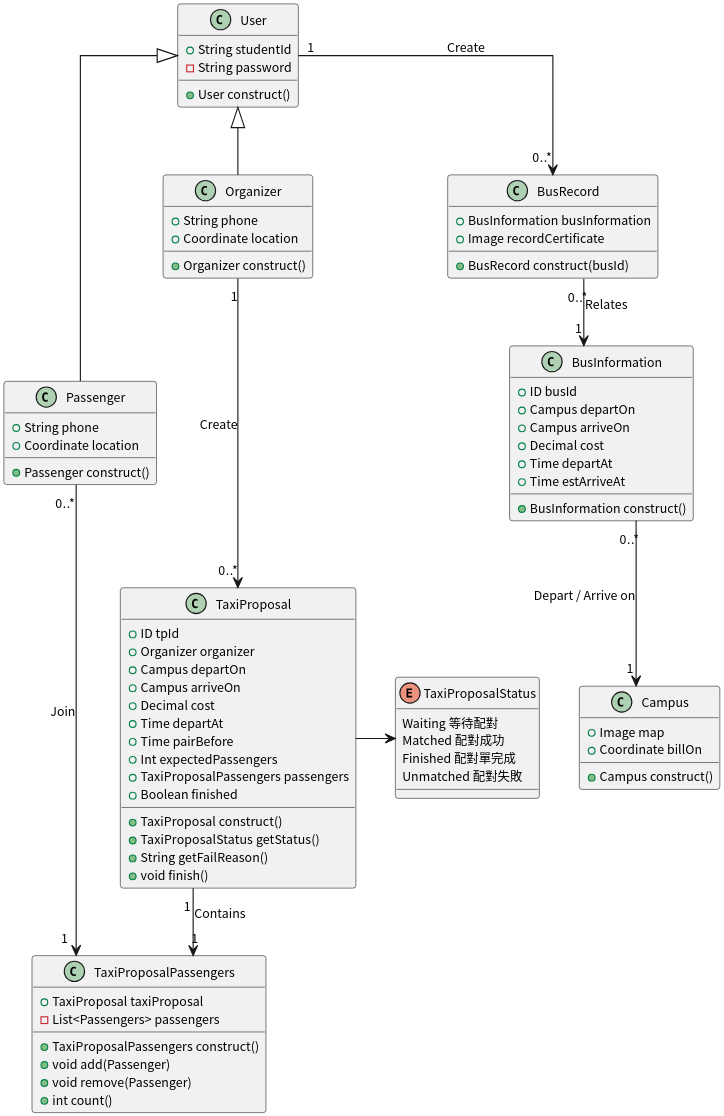
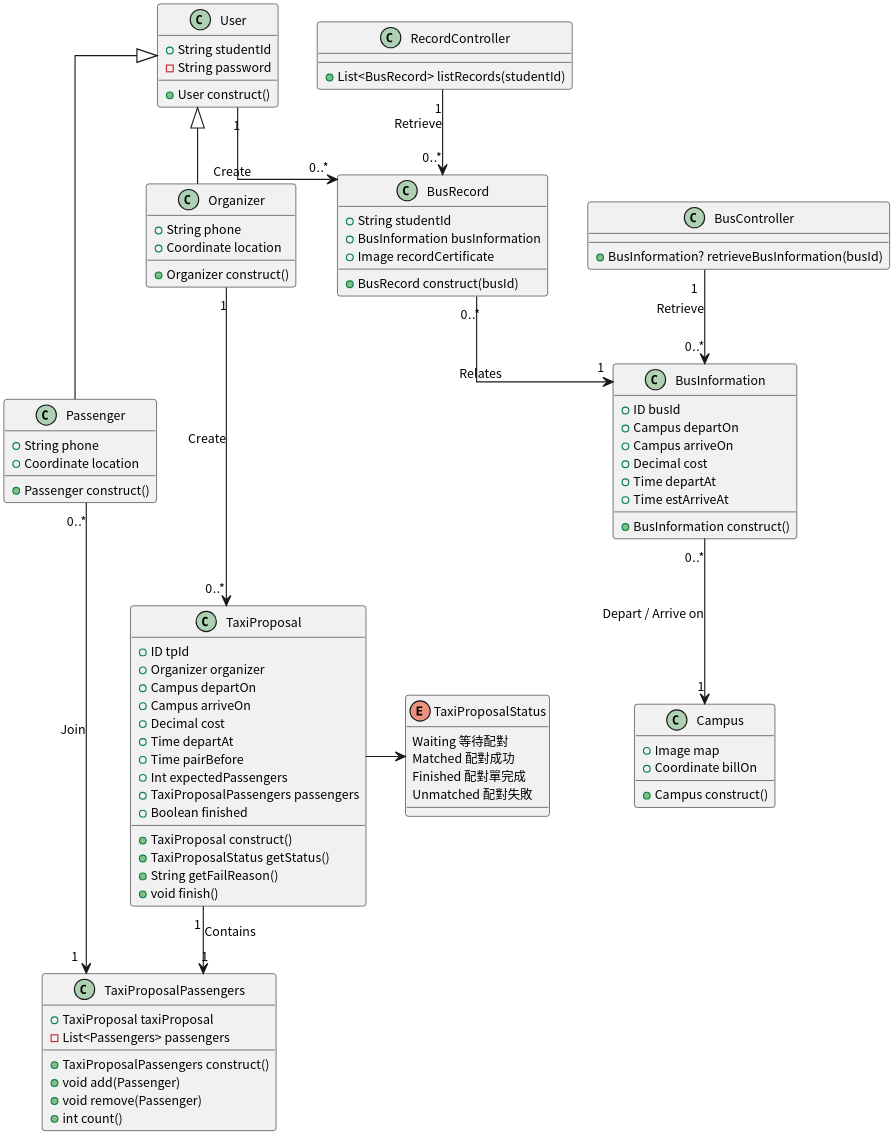
One commit to pan93412/nkust-homework changed the diagram in semester-4/system-analysis/class-diagram.plantuml. Above: the diagram before and after it, drawn with PlantUML. The commit also changed 2 other files, not shown here.

Commit message:
s4: system-analysis: update diagram

```diff
--- a/semester-4/system-analysis/class-diagram.plantuml
+++ b/semester-4/system-analysis/class-diagram.plantuml
@@ -1,93 +1,104 @@
 @startuml ClassDiagram
 
 skinparam linetype ortho
 skinparam dpi 300
 skinparam defaultFontSize 11
 skinparam defaultFontName "Noto Sans CJK TC"
 
 class User {
     +String studentId
     -String password
     +User construct()
 }
 
 class Passenger {
     +String phone
     +Coordinate location
     +Passenger construct()
 }
 User <|-- Passenger
 
 class Organizer {
     +String phone
     +Coordinate location
     +Organizer construct()
 }
 User <|-- Organizer
 
+class RecordController {
+    +List<BusRecord> listRecords(studentId)
+}
+RecordController "1" --> "0..*" BusRecord: Retrieve
+
 class BusRecord {
+    +String studentId
     +BusInformation busInformation
     +Image recordCertificate
     +BusRecord construct(busId)
 }
 User "1" --> "0..*" BusRecord: Create
+
+class BusController {
+    +BusInformation? retrieveBusInformation(busId)
+}
+BusController "1" --> "0..*" BusInformation: Retrieve
 
 class BusInformation {
     +ID busId
     +Campus departOn
     +Campus arriveOn
     +Decimal cost
     +Time departAt
     +Time estArriveAt
     +BusInformation construct()
 }
 BusRecord "0..*" --> "1" BusInformation: Relates
 
 class Campus {
     +Image map
     +Coordinate billOn
     +Campus construct()
 }
 BusInformation "0..*" --> "1" Campus: Depart / Arrive on
 
 class TaxiProposalPassengers {
     +TaxiProposal taxiProposal
     -List<Passengers> passengers
     +TaxiProposalPassengers construct()
     +void add(Passenger)
     +void remove(Passenger)
     +int count()
 }
 TaxiProposal "1" --> "1" TaxiProposalPassengers: Contains
 
 class TaxiProposal {
     +ID tpId
     +Organizer organizer
     +Campus departOn
     +Campus arriveOn
     +Decimal cost
     +Time departAt
     +Time pairBefore
     +Int expectedPassengers
     +TaxiProposalPassengers passengers
     +Boolean finished
 
     +TaxiProposal construct()
     +TaxiProposalStatus getStatus()
     +String getFailReason()
     +void finish()
 }
 
 TaxiProposal -> TaxiProposalStatus
 
 enum TaxiProposalStatus {
     Waiting 等待配對
     Matched 配對成功
     Finished 配對單完成
     Unmatched 配對失敗
 }
 
 Organizer "1" ---> "0..*" TaxiProposal: Create
 Passenger "0..*" ---> "1" TaxiProposalPassengers: Join
 
 @enduml
```
